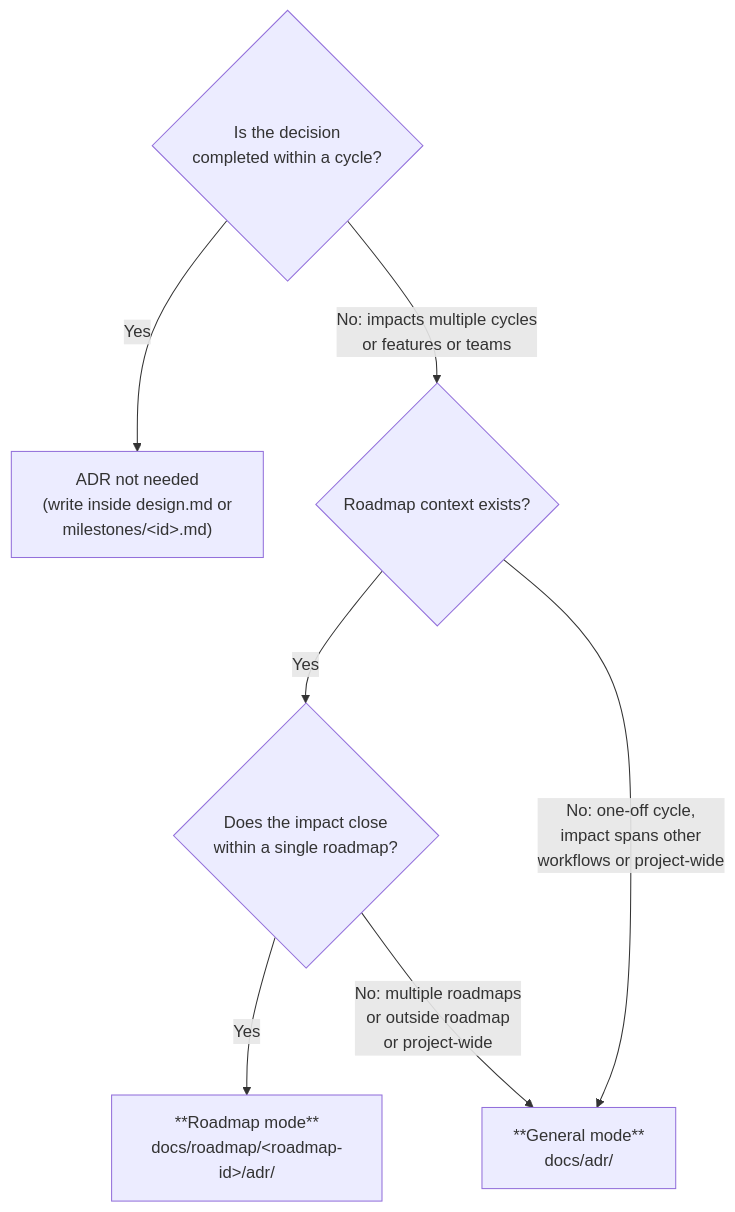
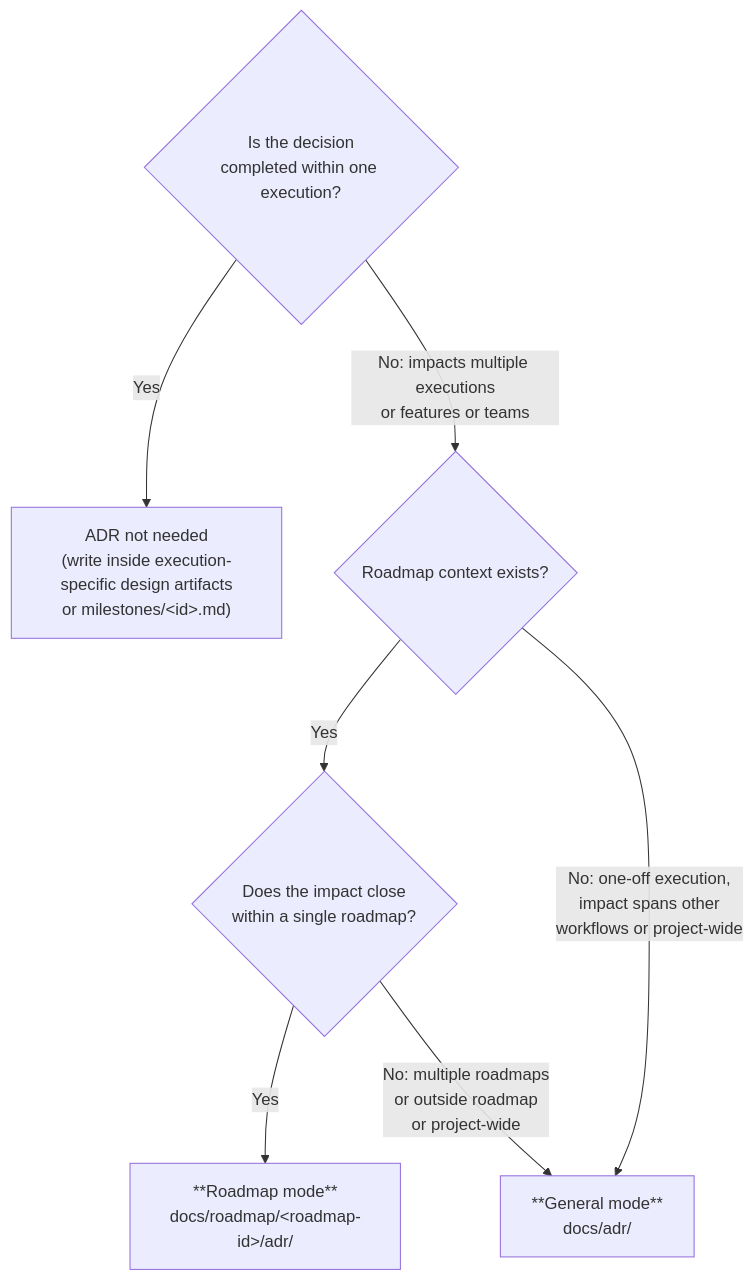
Before and after one commit to totto2727-org/monorepo: the diagram in plugins/totto2727-dev-flow/skills/share-adr/SKILL.md, drawn with Mermaid. The commit also changed other lines of this file and 18 other files, not shown here.

Commit message:
docs(dev-flow): generalize workflow execution ownership

````diff
--- a/plugins/totto2727-dev-flow/skills/share-adr/SKILL.md
+++ b/plugins/totto2727-dev-flow/skills/share-adr/SKILL.md
@@ -30,16 +30,16 @@
 ```mermaid
 flowchart TD
-    Q1{"Is the decision<br/>completed within a cycle?"}
-    NoADR["ADR not needed<br/>(write inside design.md or<br/>milestones/&lt;id&gt;.md)"]
+    Q1{"Is the decision<br/>completed within one execution?"}
+    NoADR["ADR not needed<br/>(write inside execution-specific design artifacts<br/>or milestones/&lt;id&gt;.md)"]
     Q2{"Does the impact close<br/>within a single roadmap?"}
     Q3{"Roadmap context exists?"}
     Roadmap["**Roadmap mode**<br/>docs/roadmap/&lt;roadmap-id&gt;/adr/"]
     General["**General mode**<br/>docs/adr/"]
 
     Q1 -->|Yes| NoADR
-    Q1 -->|No: impacts multiple cycles<br/>or features or teams| Q3
+    Q1 -->|No: impacts multiple executions<br/>or features or teams| Q3
     Q3 -->|Yes| Q2
-    Q3 -->|No: one-off cycle,<br/>impact spans other<br/>workflows or project-wide| General
+    Q3 -->|No: one-off execution,<br/>impact spans other<br/>workflows or project-wide| General
     Q2 -->|Yes| Roadmap
     Q2 -->|No: multiple roadmaps<br/>or outside roadmap<br/>or project-wide| General
 ```
````
